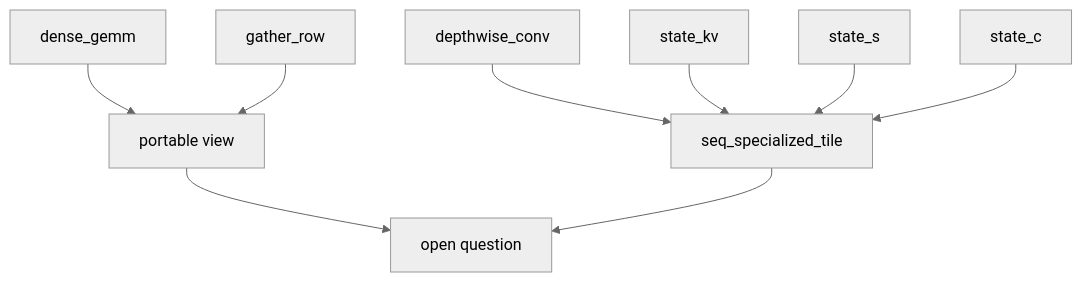
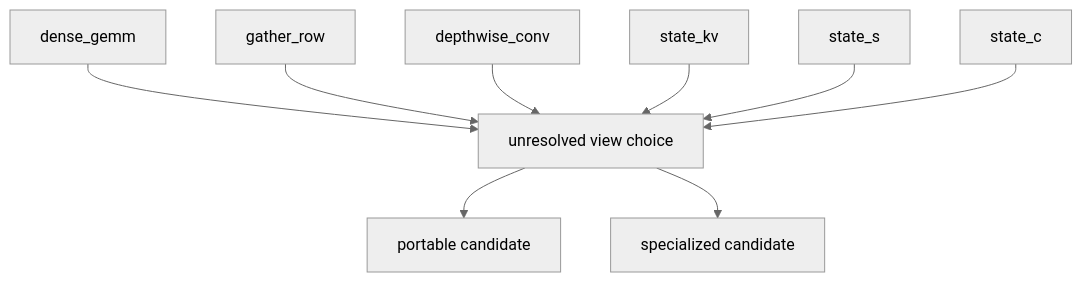
One commit to Enucatl/qw38 changed the diagram in docs/architecture/layout-strategy.md. Above: the diagram before and after it, drawn with Mermaid (neutral theme). The commit also changed other lines of this file and 41 other files, not shown here.

````diff
--- a/docs/architecture/layout-strategy.md
+++ b/docs/architecture/layout-strategy.md
@@ -536,20 +536,20 @@
 ```mermaid
 flowchart TB
     gemm[dense_gemm]
     gather[gather_row]
     conv[depthwise_conv]
     kv[state_kv]
     gdn[state_s]
     c_state[state_c]
-    portable[portable view]
-    specialized[seq_specialized_tile]
-    open[open question]
-    gemm --> portable
-    gather --> portable
-    conv --> specialized
-    kv --> specialized
-    gdn --> specialized
-    c_state --> specialized
-    portable --> open
-    specialized --> open
+    choice[unresolved view choice]
+    portable[portable candidate]
+    specialized[specialized candidate]
+    gemm --> choice
+    gather --> choice
+    conv --> choice
+    kv --> choice
+    gdn --> choice
+    c_state --> choice
+    choice --> portable
+    choice --> specialized
 ```
````
